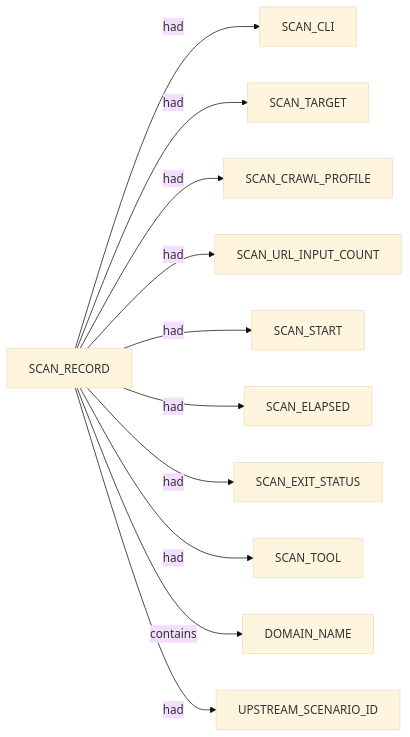
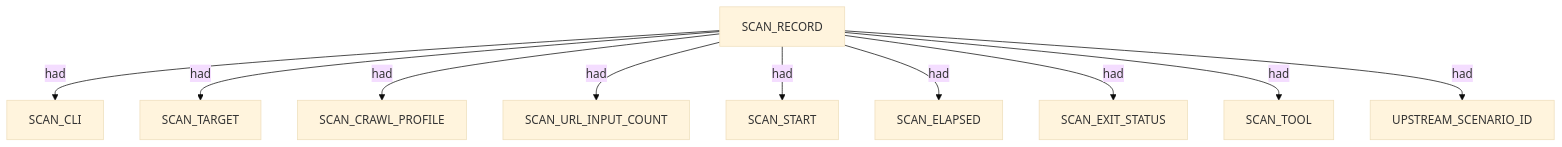
Before and after one commit to brettforbes/spiderfeet: the first of 11 diagrams in .docs/docs-for-cli-tools/nugget_structure/katana_from_httpx_vcof_sparse_proposed_nuggets_edges_description.md, drawn with Mermaid (base theme). The commit also changed other lines of this file and 67 other files, not shown here.

````diff
--- a/.docs/docs-for-cli-tools/nugget_structure/katana_from_httpx_vcof_sparse_proposed_nuggets_edges_description.md
+++ b/.docs/docs-for-cli-tools/nugget_structure/katana_from_httpx_vcof_sparse_proposed_nuggets_edges_description.md
@@ -13,13 +13,22 @@
 ```mermaid
-flowchart LR
-  SCAN_RECORD -->|had| SCAN_CLI
-  SCAN_RECORD -->|had| SCAN_TARGET
-  SCAN_RECORD -->|had| SCAN_CRAWL_PROFILE
-  SCAN_RECORD -->|had| SCAN_URL_INPUT_COUNT
-  SCAN_RECORD -->|had| SCAN_START
-  SCAN_RECORD -->|had| SCAN_ELAPSED
-  SCAN_RECORD -->|had| SCAN_EXIT_STATUS
-  SCAN_RECORD -->|had| SCAN_TOOL
-  SCAN_RECORD -->|contains| DOMAIN_NAME
-  SCAN_RECORD -->|had| UPSTREAM_SCENARIO_ID
+flowchart TD
+  scan_record_1["SCAN_RECORD"]
+  scan_cli_2["SCAN_CLI"]
+  scan_record_1 -->|had| scan_cli_2
+  scan_target_3["SCAN_TARGET"]
+  scan_record_1 -->|had| scan_target_3
+  scan_crawl_profile_4["SCAN_CRAWL_PROFILE"]
+  scan_record_1 -->|had| scan_crawl_profile_4
+  scan_url_input_count_5["SCAN_URL_INPUT_COUNT"]
+  scan_record_1 -->|had| scan_url_input_count_5
+  scan_start_6["SCAN_START"]
+  scan_record_1 -->|had| scan_start_6
+  scan_elapsed_7["SCAN_ELAPSED"]
+  scan_record_1 -->|had| scan_elapsed_7
+  scan_exit_status_8["SCAN_EXIT_STATUS"]
+  scan_record_1 -->|had| scan_exit_status_8
+  scan_tool_9["SCAN_TOOL"]
+  scan_record_1 -->|had| scan_tool_9
+  upstream_scenario_id_10["UPSTREAM_SCENARIO_ID"]
+  scan_record_1 -->|had| upstream_scenario_id_10
 ```
````
